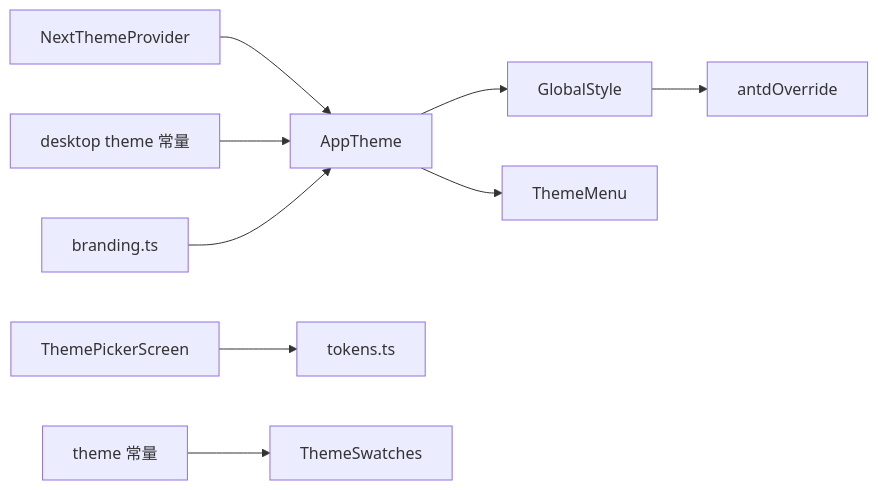
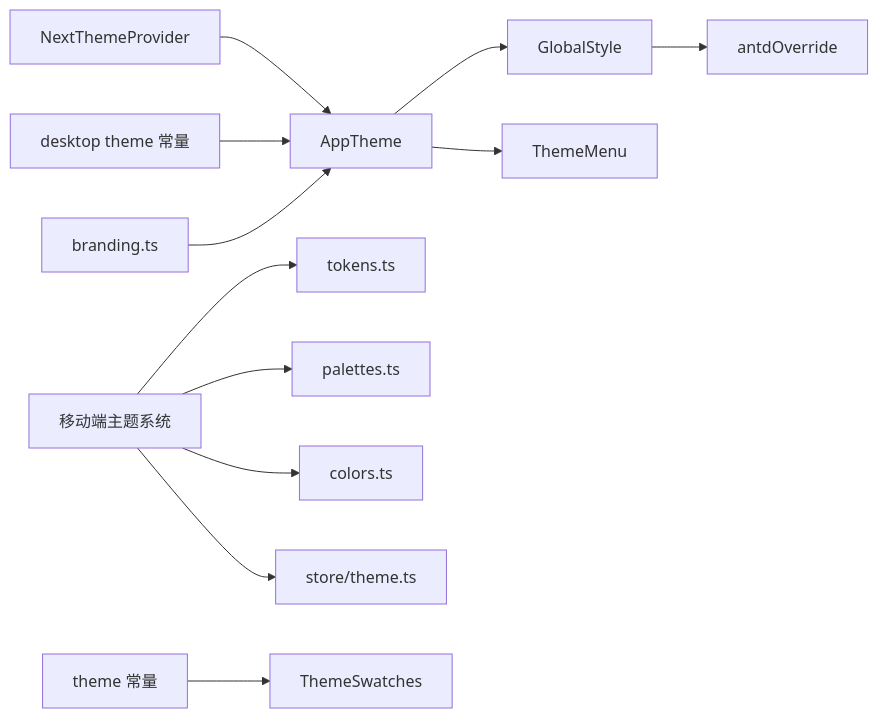
The seventh of 7 diagrams in .qoder/repowiki/zh/content/组件系统/主题系统/主题系统.md (AvatoLabs/avato), drawn with Mermaid before and after one commit. The commit also changed other lines of this file and 158 other files, not shown here.

````diff
--- a/.qoder/repowiki/zh/content/组件系统/主题系统/主题系统.md
+++ b/.qoder/repowiki/zh/content/组件系统/主题系统/主题系统.md
@@ -364,11 +451,14 @@
 ```mermaid
 graph LR
 NT["NextThemeProvider"] --> AT["AppTheme"]
 AT --> GS["GlobalStyle"]
 GS --> AO["antdOverride"]
 AT --> CM["ThemeMenu"]
-RN["ThemePickerScreen"] --> TK["tokens.ts"]
+RN["移动端主题系统"] --> TK["tokens.ts"]
+RN --> PS["palettes.ts"]
+RN --> CS["colors.ts"]
+RN --> TS2["store/theme.ts"]
 DCT["desktop theme 常量"] --> AT
 PCT["branding.ts"] --> AT
 LCT["theme 常量"] --> TS["ThemeSwatches"]
 ```
````
